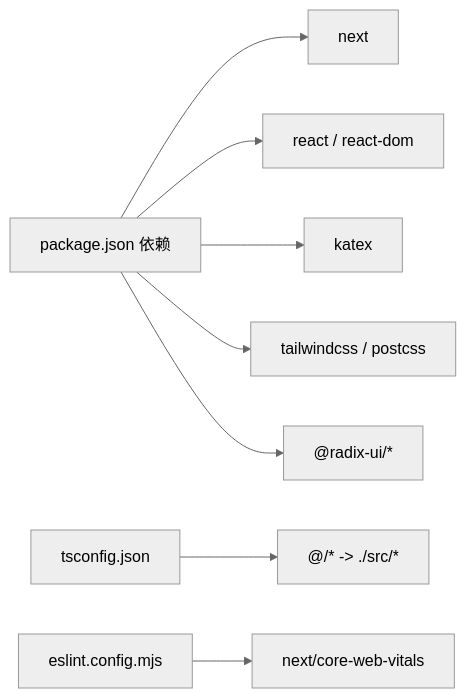
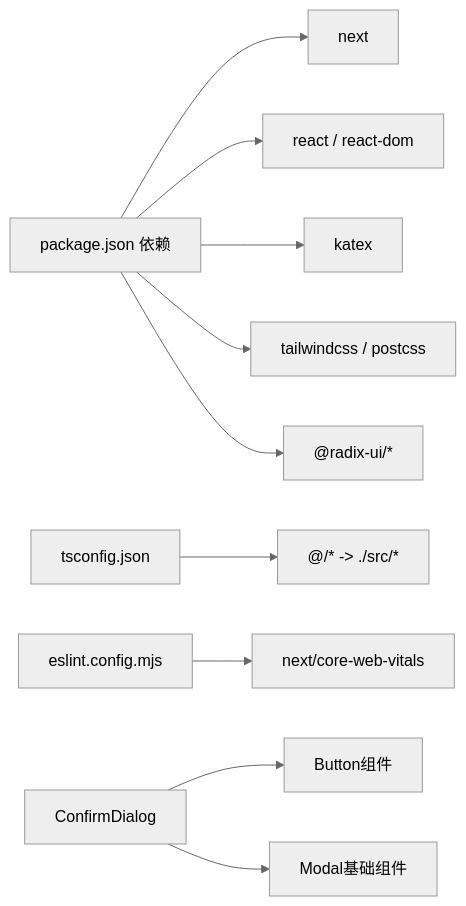
Diagram 15 of 15 in .qoder/repowiki/zh/content/开发者指南/开发者指南.md (steveyu2/formula-mapper), drawn with Mermaid (neutral theme) before and after one commit. The commit also changed other lines of this file and 3 other files, not shown here.

````diff
--- a/.qoder/repowiki/zh/content/开发者指南/开发者指南.md
+++ b/.qoder/repowiki/zh/content/开发者指南/开发者指南.md
@@ -420,10 +511,12 @@
 ```mermaid
 graph LR
 Pkg["package.json 依赖"] --> Next["next"]
 Pkg --> React["react / react-dom"]
 Pkg --> KaTeX["katex"]
 Pkg --> Tailwind["tailwindcss / postcss"]
 Pkg --> Radix["@radix-ui/*"]
 TS["tsconfig.json"] --> PathAlias["@/* -> ./src/*"]
 ESL["eslint.config.mjs"] --> NextEslint["next/core-web-vitals"]
+CD["ConfirmDialog"] --> BTN["Button组件"]
+CD --> MOD["Modal基础组件"]
 ```
````
